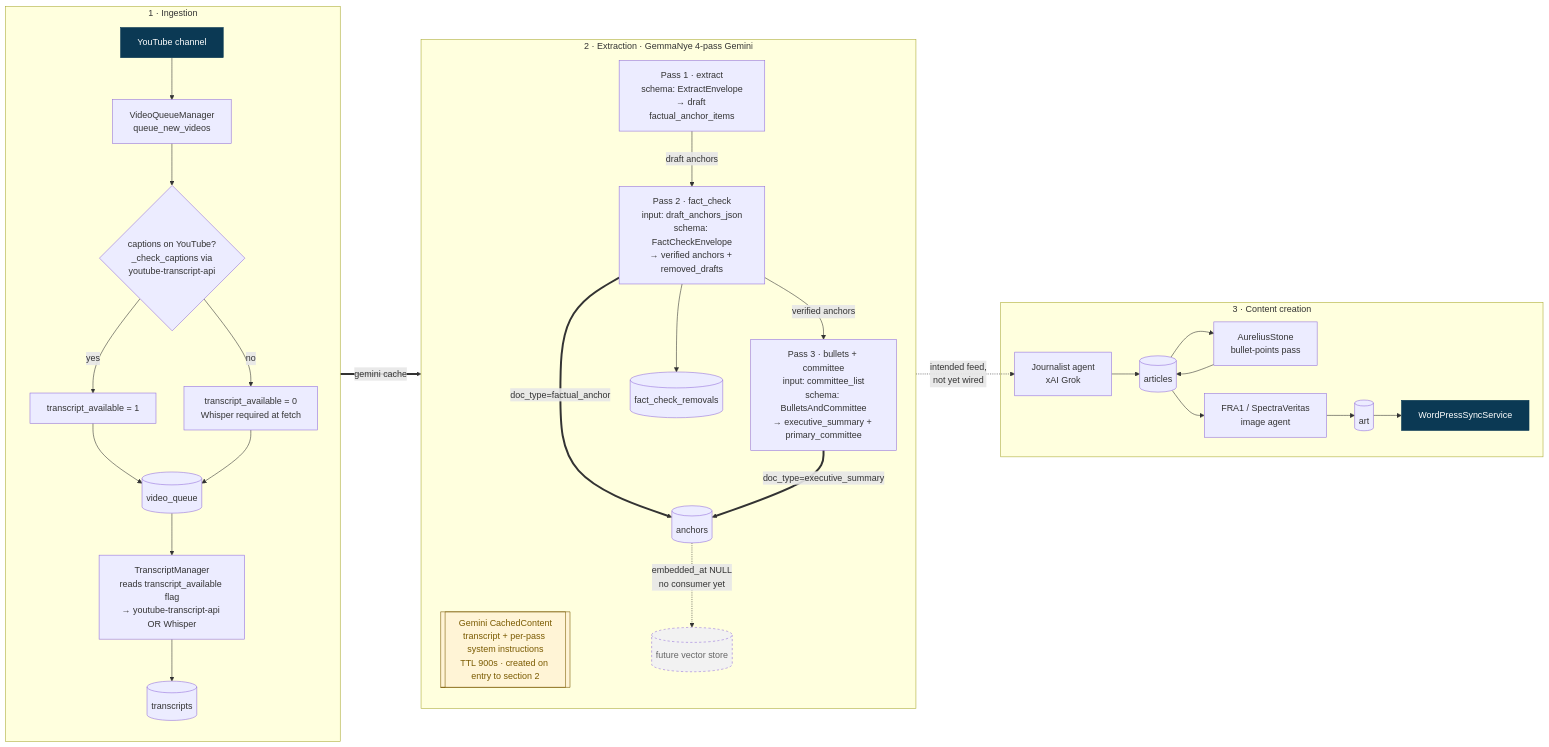
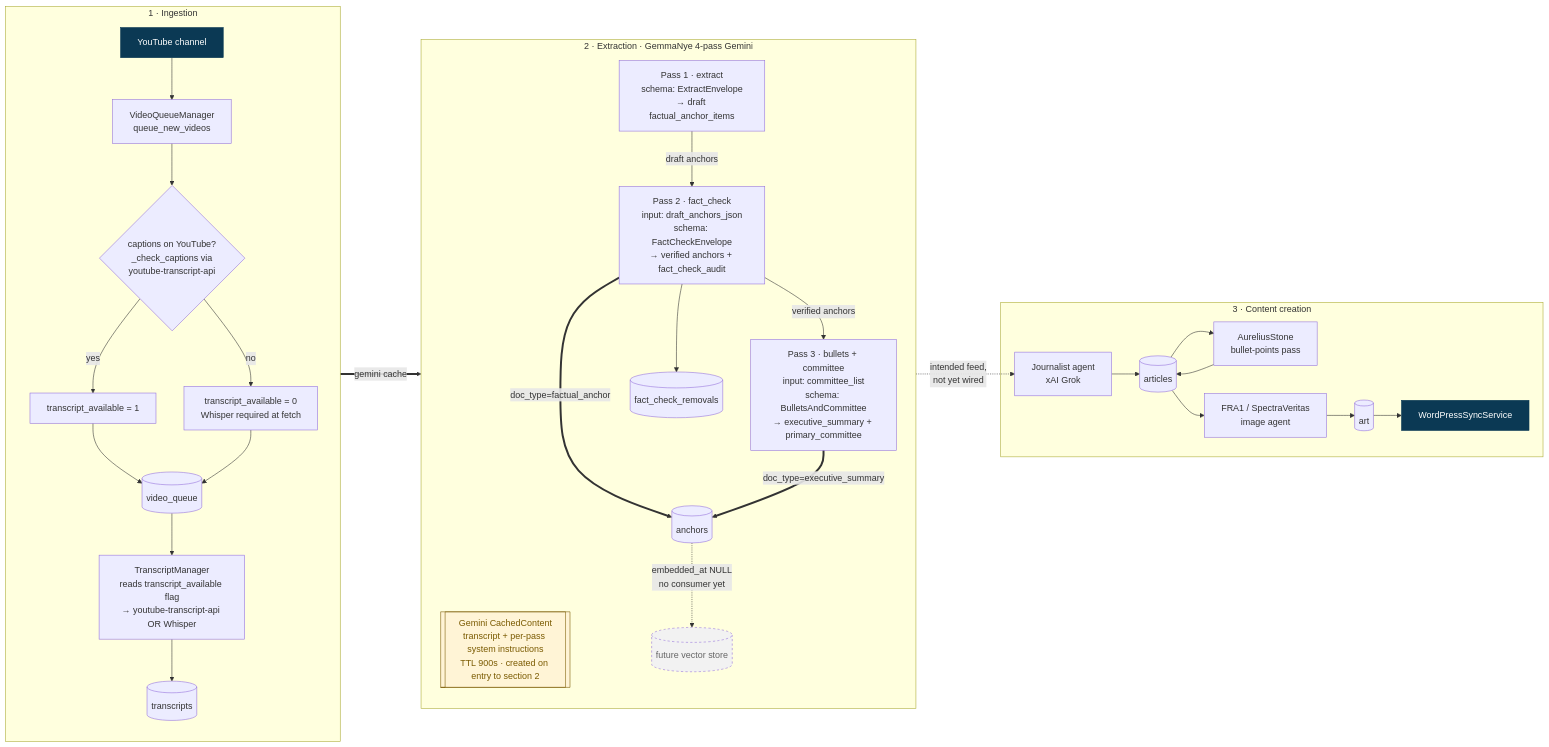
Before and after one commit to liquidloose/fall-river-mirror: the first of 5 diagrams in docs/pipeline-visualization.md, drawn with Mermaid. The commit also changed other lines of this file and 6 other files, not shown here.

````diff
--- a/docs/pipeline-visualization.md
+++ b/docs/pipeline-visualization.md
@@ -17,48 +17,48 @@
 ```mermaid
 flowchart LR
   subgraph ingest [1 · Ingestion]
     direction TB
     YT[YouTube channel]:::ext
     YT --> QM[VideoQueueManager<br/>queue_new_videos]
     QM --> CAP{captions on YouTube?<br/>_check_captions via<br/>youtube-transcript-api}
     CAP -->|yes| F1[transcript_available = 1]
     CAP -->|no| F0[transcript_available = 0<br/>Whisper required at fetch]
     F1 --> VQ[(video_queue)]
     F0 --> VQ
     VQ --> TM[TranscriptManager<br/>reads transcript_available flag<br/>→ youtube-transcript-api OR Whisper]
     TM --> TR[(transcripts)]
   end
 
   subgraph extract [2 · Extraction · GemmaNye 4-pass Gemini]
     direction TB
     P0[[Gemini CachedContent<br/>transcript + per-pass system instructions<br/>TTL 900s · created on entry to section 2]]:::cache
     P1[Pass 1 · extract<br/>schema: ExtractEnvelope<br/>→ draft factual_anchor_items]
-    P2[Pass 2 · fact_check<br/>input: draft_anchors_json<br/>schema: FactCheckEnvelope<br/>→ verified anchors + removed_drafts]
+    P2[Pass 2 · fact_check<br/>input: draft_anchors_json<br/>schema: FactCheckEnvelope<br/>→ verified anchors + fact_check_audit]
     P3[Pass 3 · bullets + committee<br/>input: committee_list<br/>schema: BulletsAndCommittee<br/>→ executive_summary + primary_committee]
     AN[(anchors)]
     FCR[(fact_check_removals)]
     P1 -->|draft anchors| P2
     P2 -->|verified anchors| P3
     P2 ==>|doc_type=factual_anchor| AN
     P2 --> FCR
     P3 ==>|doc_type=executive_summary| AN
     AN -.->|embedded_at NULL<br/>no consumer yet| VS[(future vector store)]:::future
   end
 
   subgraph create [3 · Content creation]
     J[Journalist agent<br/>xAI Grok]
     J --> AR[(articles)]
     AR --> BP[AureliusStone<br/>bullet-points pass]
     BP --> AR
     AR --> IMG[FRA1 / SpectraVeritas<br/>image agent]
     IMG --> ART[(art)]
     ART --> WP[WordPressSyncService]:::ext
   end
 
   TR ==>|gemini cache| P0
   AN -. intended feed,<br/>not yet wired .-> J
 
   classDef ext fill:#0b3954,color:#fff,stroke:#0b3954
   classDef future fill:#f2f2f2,color:#666,stroke-dasharray: 4 4
   classDef cache fill:#fff4d6,color:#7a5a00,stroke:#7a5a00
 ```
````
